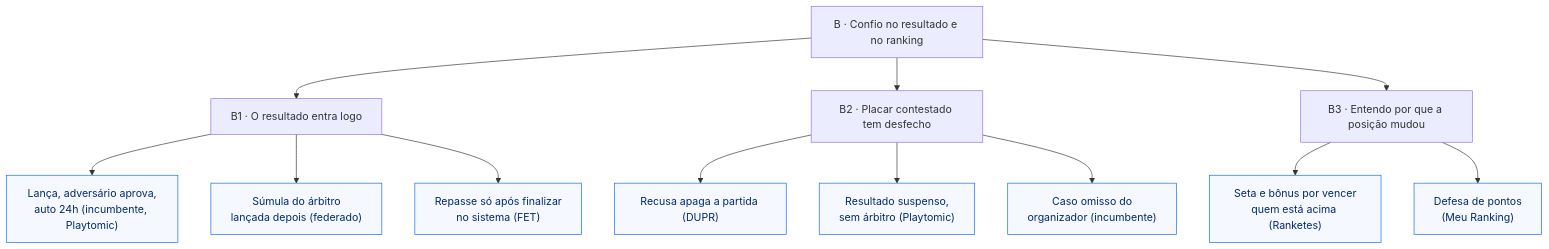
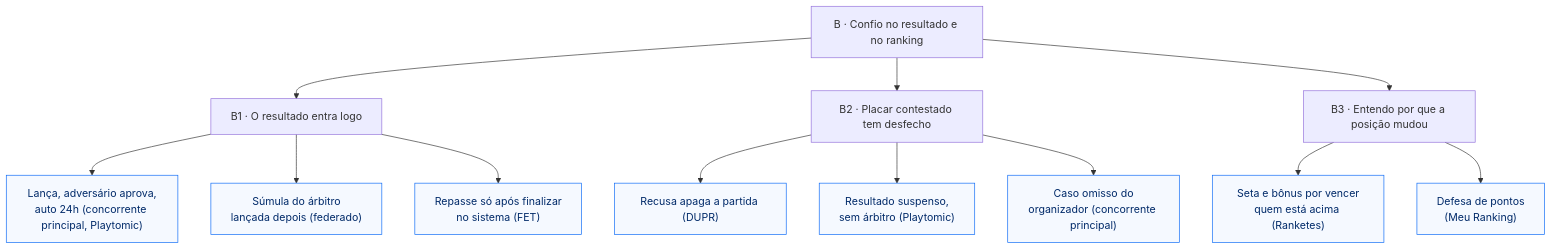
Before and after one commit to gabriel-vilano/btapp: the second of 2 diagrams in docs/discovery/sintese/02-arvore-oportunidades.md, drawn with Mermaid. The commit also changed other lines of this file and 38 other files, not shown here.

````diff
--- a/docs/discovery/sintese/02-arvore-oportunidades.md
+++ b/docs/discovery/sintese/02-arvore-oportunidades.md
@@ -152,25 +152,25 @@
 ```mermaid
 flowchart TB
   B["B · Confio no resultado e no ranking"]
   B1["B1 · O resultado entra logo"]
   B2["B2 · Placar contestado tem desfecho"]
   B3["B3 · Entendo por que a posição mudou"]
   B --> B1 & B2 & B3
 
-  s1["Lança, adversário aprova,<br/>auto 24h (incumbente, Playtomic)"]
+  s1["Lança, adversário aprova,<br/>auto 24h (concorrente principal, Playtomic)"]
   s2["Súmula do árbitro<br/>lançada depois (federado)"]
   s3["Repasse só após finalizar<br/>no sistema (FET)"]
   B1 --> s1 & s2 & s3
 
   s4["Recusa apaga a partida (DUPR)"]
   s5["Resultado suspenso,<br/>sem árbitro (Playtomic)"]
-  s6["Caso omisso do<br/>organizador (incumbente)"]
+  s6["Caso omisso do<br/>organizador (concorrente principal)"]
   B2 --> s4 & s5 & s6
 
   s7["Seta e bônus por vencer<br/>quem está acima (Ranketes)"]
   s8["Defesa de pontos<br/>(Meu Ranking)"]
   B3 --> s7 & s8
 
   classDef sol fill:#f5f9ff,stroke:#0968f6,color:#002a69
   class s1,s2,s3,s4,s5,s6,s7,s8 sol
 ```
````
